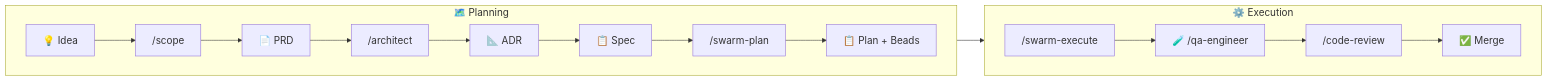
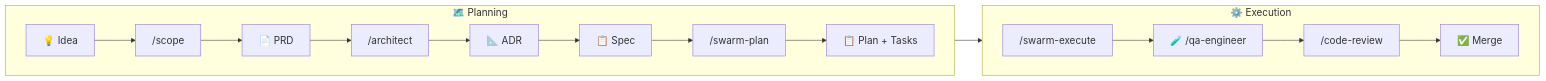
The diagram in docs/guides/flow-scope-to-implement.md (nguyenhuuca/assessment), drawn with Mermaid before and after one commit. The commit also changed other lines of this file and 53 other files, not shown here.

````diff
--- a/docs/guides/flow-scope-to-implement.md
+++ b/docs/guides/flow-scope-to-implement.md
@@ -9,23 +9,23 @@
 ```mermaid
 %%{init: {'theme': 'default', 'themeVariables': {'fontSize': '18px'}}}%%
 flowchart LR
     subgraph plan ["🗺️ Planning"]
         direction LR
         A["💡 Idea"] --> B["/scope"]
         B --> C["📄 PRD"]
         C --> D["/architect"]
         D --> E["📐 ADR"]
         E --> F["📋 Spec"]
         F --> G["/swarm-plan"]
-        G --> H["📋 Plan + Beads"]
+        G --> H["📋 Plan + Tasks"]
     end
 
     subgraph exec ["⚙️ Execution"]
         direction LR
         I["/swarm-execute"] --> J["🧪 /qa-engineer"]
         J --> K["/code-review"]
         K --> L["✅ Merge"]
     end
 
     H --> I
 ```
````
